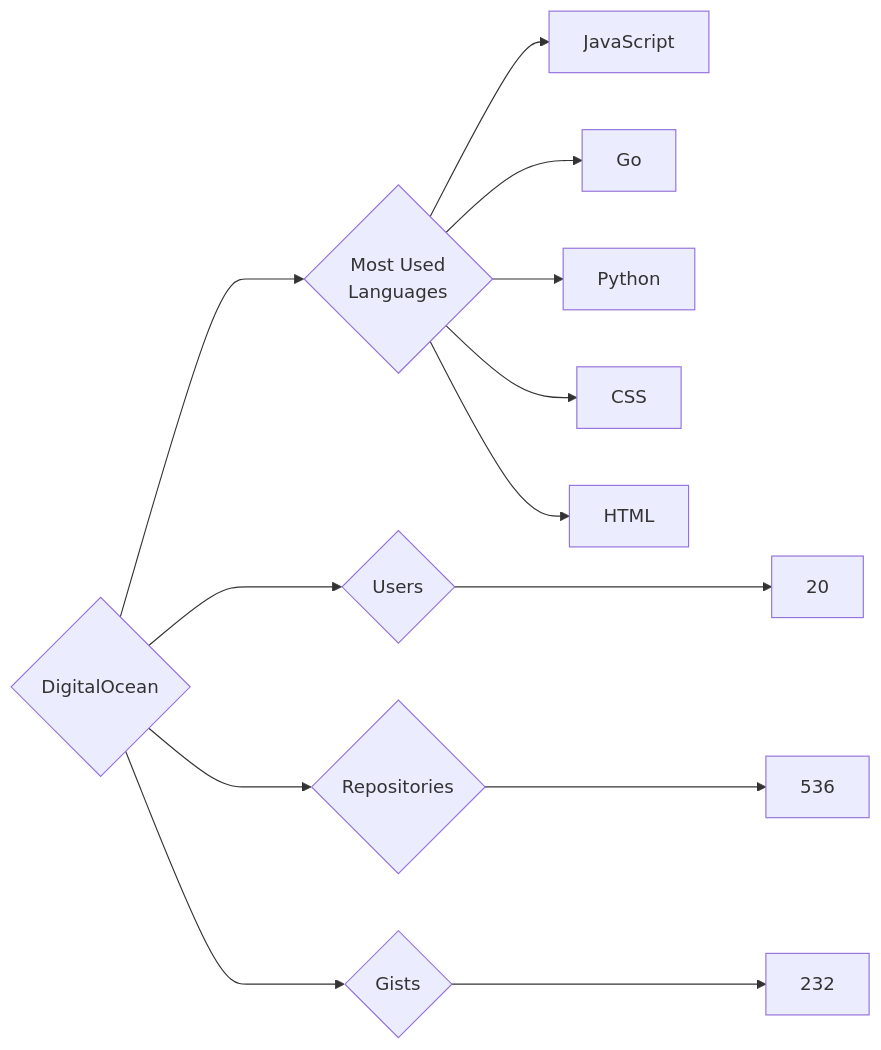
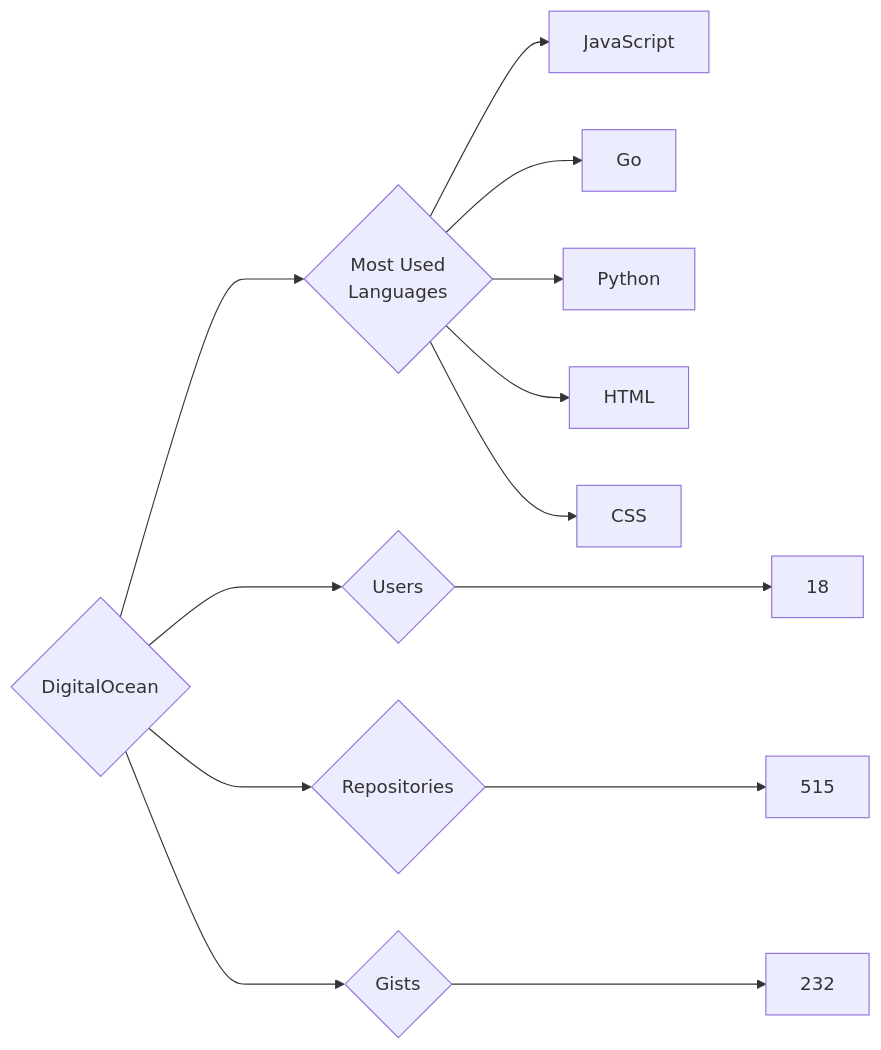
The diagram in targets/DigitalOcean/README.md (trickest/insiders), drawn with Mermaid before and after one commit. The commit also changed 874 other files, not shown here.

````diff
--- a/targets/DigitalOcean/README.md
+++ b/targets/DigitalOcean/README.md
@@ -3,13 +3,13 @@
 ```mermaid
 graph LR
 COMPANY_NAME{DigitalOcean}
-COMPANY_NAME ---> U{Users} ---> UN[20]
-COMPANY_NAME ---> R{Repositories} ---> RN[536]
+COMPANY_NAME ---> U{Users} ---> UN[18]
+COMPANY_NAME ---> R{Repositories} ---> RN[515]
 COMPANY_NAME ---> G{Gists} ---> GN[232]
 COMPANY_NAME ---> ML{Most Used<br>Languages}
 ML --> JavaScript[JavaScript]
 ML --> Go[Go]
 ML --> Python[Python]
+ML --> HTML[HTML]
 ML --> CSS[CSS]
-ML --> HTML[HTML]
 ```
````
